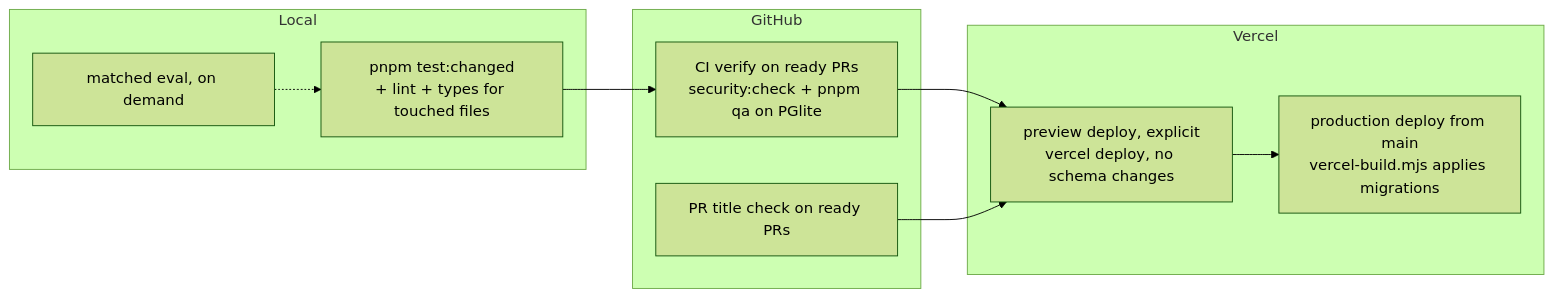
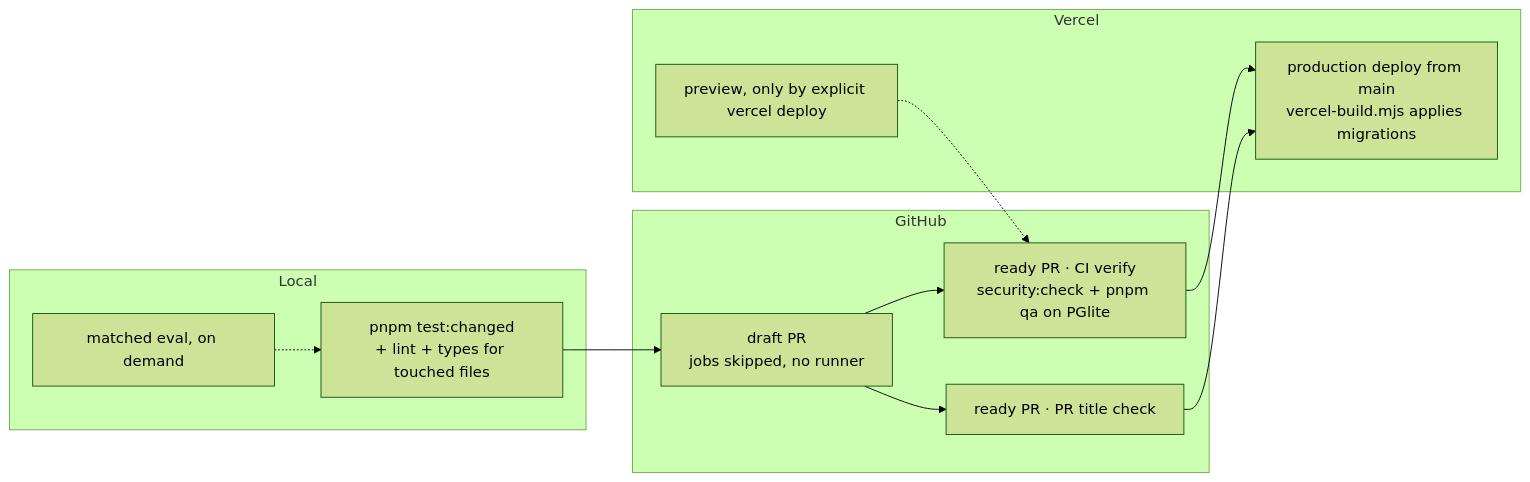
Before and after one commit to gaboesquivel/flow-signal: the fourth of 5 diagrams in docs/harness/dev-loop.md, drawn with Mermaid (forest theme). The commit also changed other lines of this file and 18 other files, not shown here.

First line of the commit message:
chore(flow): align Signal's workflow with Flow main (#33)

````diff
--- a/docs/harness/dev-loop.md
+++ b/docs/harness/dev-loop.md
@@ -54,18 +54,20 @@
 ```mermaid
 flowchart LR
   subgraph Local
     TC[pnpm test:changed<br/>+ lint + types for touched files]
     EV[matched eval, on demand]
   end
   subgraph GitHub
-    CI[CI verify on ready PRs<br/>security:check + pnpm qa on PGlite]
-    PT[PR title check on ready PRs]
+    DR[draft PR<br/>jobs skipped, no runner]
+    CI[ready PR · CI verify<br/>security:check + pnpm qa on PGlite]
+    PT[ready PR · PR title check]
   end
   subgraph Vercel
-    PV[preview deploy, explicit<br/>vercel deploy, no schema changes]
+    PV[preview, only by explicit vercel deploy]
     PR[production deploy from main<br/>vercel-build.mjs applies migrations]
   end
-  TC --> CI --> PV --> PR
-  PT --> PV
+  TC --> DR --> CI --> PR
+  DR --> PT --> PR
+  PV -.-> CI
   EV -.-> TC
 ```
````
